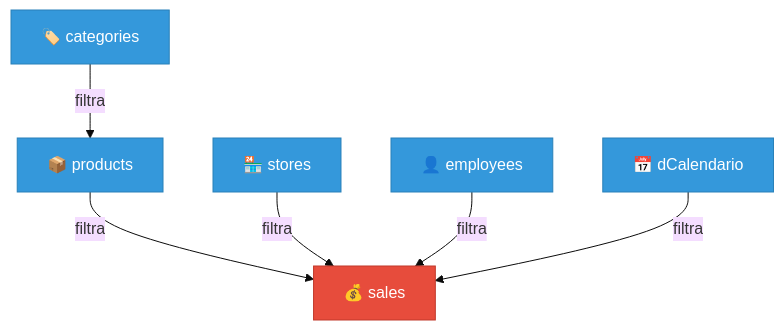
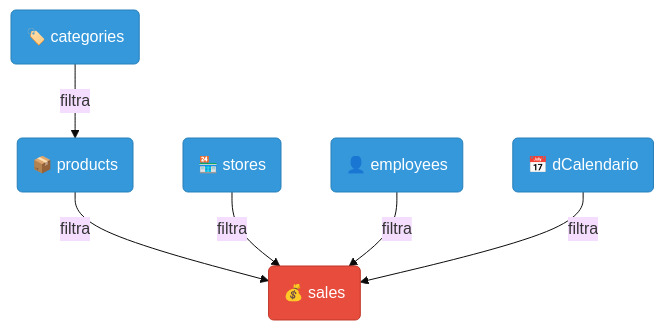
One commit to Igor-Scalzer010/Sales-Analytics changed the second of 5 diagrams in docs/banco-de-dados.md. Above: the diagram before and after it, drawn with Mermaid (base theme). The commit also changed other lines of this file, not shown here.

Commit message:
Ajustando a formatação dos diagramas no documento de banco de dados: alterando a sintaxe para melhorar a legibilidade e adicionando configurações de tema para os gráficos.

````diff
--- a/docs/banco-de-dados.md
+++ b/docs/banco-de-dados.md
@@ -127,15 +127,15 @@
 ```mermaid
 flowchart TD
-    CAT[🏷️ categories] -->|filtra| PROD[📦 products]
-    PROD -->|filtra| SALES[💰 sales]
-    STORES[🏪 stores] -->|filtra| SALES
-    EMP[👤 employees] -->|filtra| SALES
-    CAL[📅 dCalendario] -->|filtra| SALES
+    CAT(🏷️ categories) -->|filtra| PROD(📦 products)
+    PROD -->|filtra| SALES(💰 sales)
+    STORES(🏪 stores) -->|filtra| SALES
+    EMP(👤 employees) -->|filtra| SALES
+    CAL(📅 dCalendario) -->|filtra| SALES
 
     style SALES fill:#e74c3c,stroke:#c0392b,color:#fff
     style CAT fill:#3498db,stroke:#2980b9,color:#fff
     style PROD fill:#3498db,stroke:#2980b9,color:#fff
     style STORES fill:#3498db,stroke:#2980b9,color:#fff
     style EMP fill:#3498db,stroke:#2980b9,color:#fff
     style CAL fill:#3498db,stroke:#2980b9,color:#fff
 ```
````
